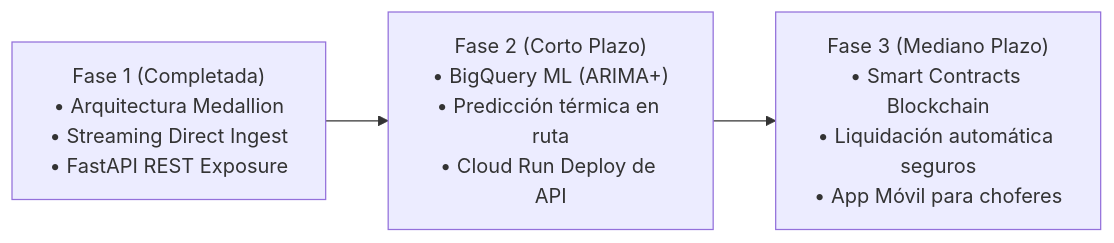
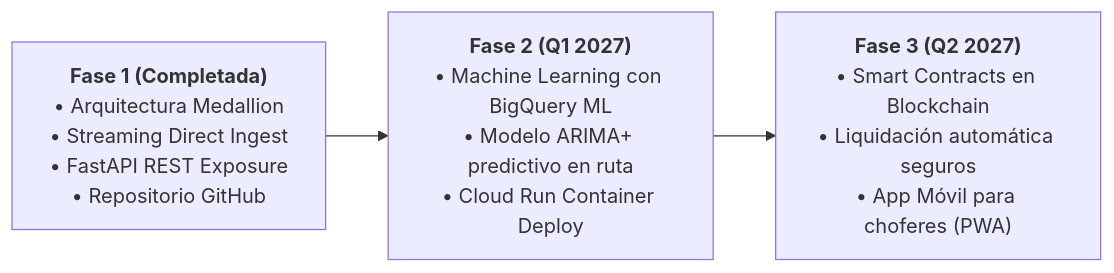
The fifth of 5 diagrams in informe/SLIDES_SUSTENTACION.md (gsoto1872-blip/iot-coldchain), drawn with Mermaid before and after one commit. The commit also changed other lines of this file and 1 other file, not shown here.

````diff
--- a/informe/SLIDES_SUSTENTACION.md
+++ b/informe/SLIDES_SUSTENTACION.md
@@ -189,5 +286,5 @@
 ```mermaid
 flowchart LR
-    F1["Fase 1 (Completada)<br/>• Arquitectura Medallion<br/>• Streaming Direct Ingest<br/>• FastAPI REST Exposure"] --> F2["Fase 2 (Corto Plazo)<br/>• BigQuery ML (ARIMA+)<br/>• Predicción térmica en ruta<br/>• Cloud Run Deploy de API"]
-    F2 --> F3["Fase 3 (Mediano Plazo)<br/>• Smart Contracts Blockchain<br/>• Liquidación automática seguros<br/>• App Móvil para choferes"]
+    F1["<b>Fase 1 (Completada)</b><br/>• Arquitectura Medallion<br/>• Streaming Direct Ingest<br/>• FastAPI REST Exposure<br/>• Repositorio GitHub"] --> F2["<b>Fase 2 (Q1 2027)</b><br/>• Machine Learning con BigQuery ML<br/>• Modelo ARIMA+ predictivo en ruta<br/>• Cloud Run Container Deploy"]
+    F2 --> F3["<b>Fase 3 (Q2 2027)</b><br/>• Smart Contracts en Blockchain<br/>• Liquidación automática seguros<br/>• App Móvil para choferes (PWA)"]
 ```
````
